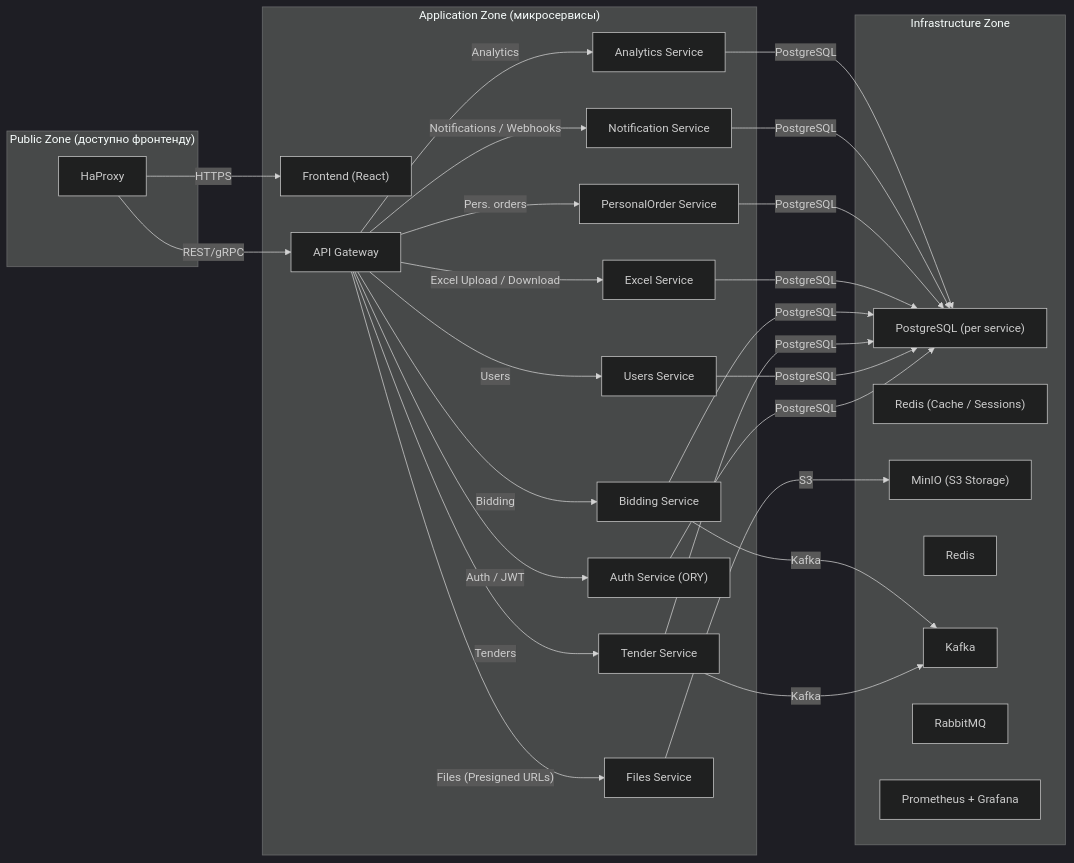
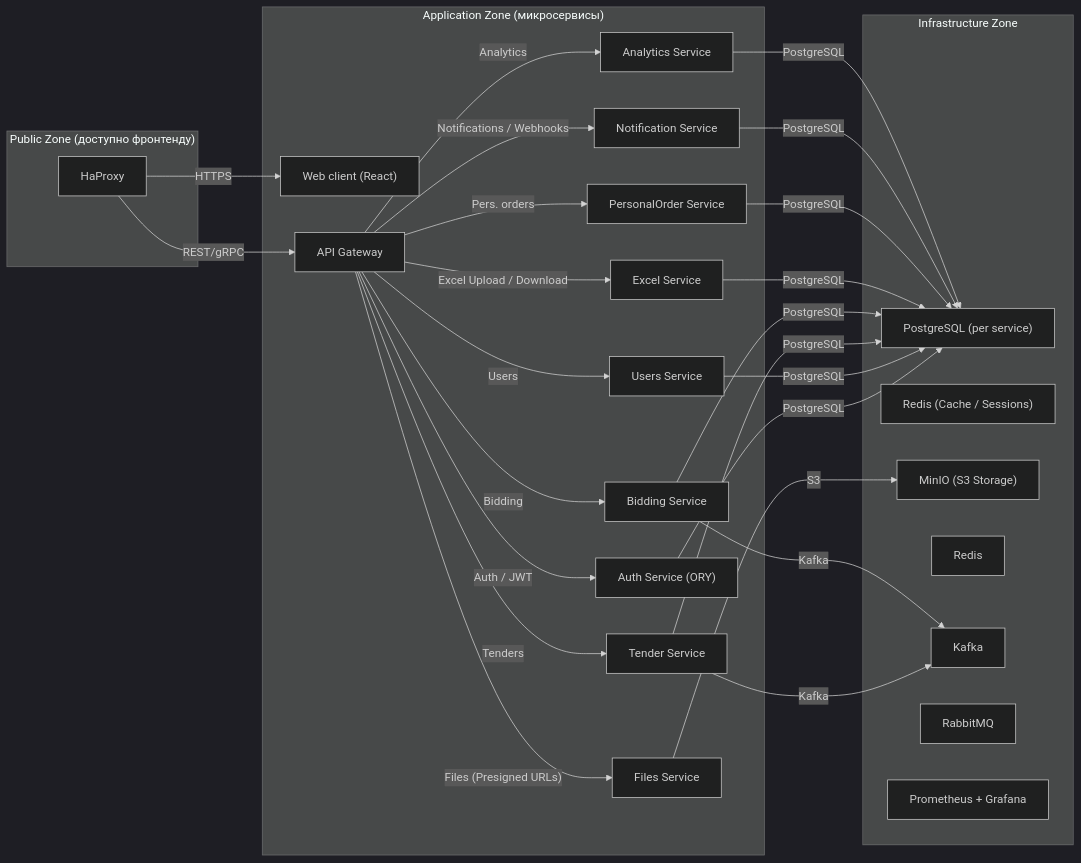
Before and after one commit to goodprice-tender-platform/docs: the diagram in README.md, drawn with Mermaid (dark theme). The commit also changed other lines of this file, not shown here.

````diff
--- a/README.md
+++ b/README.md
@@ -30,67 +30,67 @@
 ```mermaid
 %% Финальная архитектура с зонами доступа
 graph LR
     %% ========= ЗОНА 1: ФРОНТ И ПУБЛИЧНЫЙ ДОСТУП =========
     subgraph PUBLIC_ZONE["Public Zone (доступно фронтенду)"]
         A1["HaProxy"]
     end
 
     %% ========= ЗОНА 2: ПРИЛОЖЕНИЯ (бизнес-логика) =========
     subgraph APP_ZONE["Application Zone (микросервисы)"]
-        A["Frontend (React)"]
+        A["Web client (React)"]
         B["API Gateway"]
 
         C["Auth Service (ORY)"]
         D["Users Service"]
         E["Tender Service"]
         F["Bidding Service"]
         G["Excel Service"]
         H["Files Service"]
         I["PersonalOrder Service"]
         J["Notification Service"]
         K["Analytics Service"]
 
         %% Связи от Gateway
         B -->|"Auth / JWT"| C
         B -->|"Users"| D
         B -->|"Tenders"| E
         B -->|"Bidding"| F
         B -->|"Excel Upload / Download"| G
         B -->|"Files (Presigned URLs)"| H
         B -->|"Pers. orders"| I
         B -->|"Notifications / Webhooks"| J
         B -->|"Analytics"| K
     end
 
     %% Генеральные входы
     A1 -->|"HTTPS"| A
     A1 -->|"REST/gRPC"| B
 
     %% ========= ЗОНА 3: ИНФРАСТРУКТУРА =========
     subgraph INFRA_ZONE["Infrastructure Zone"]
         M["PostgreSQL (per service)"]
         N["Redis (Cache / Sessions)"]
         L["MinIO (S3 Storage)"]
         X["Redis"]
         W["Kafka"]
         Q["RabbitMQ"]
         T["Prometheus + Grafana"]
     end
 
     %% Связи с PostgreSQL
     C -->|"PostgreSQL"| M
     D -->|"PostgreSQL"| M
     E -->|"PostgreSQL"| M
     F -->|"PostgreSQL"| M
     G -->|"PostgreSQL"| M
     I -->|"PostgreSQL"| M
     J -->|"PostgreSQL"| M
     K -->|"PostgreSQL"| M
 
 
     E -->|"Kafka"|W
     F -->|"Kafka"|W
 
     %% S3
     H -->|"S3"| L
 ```
````
